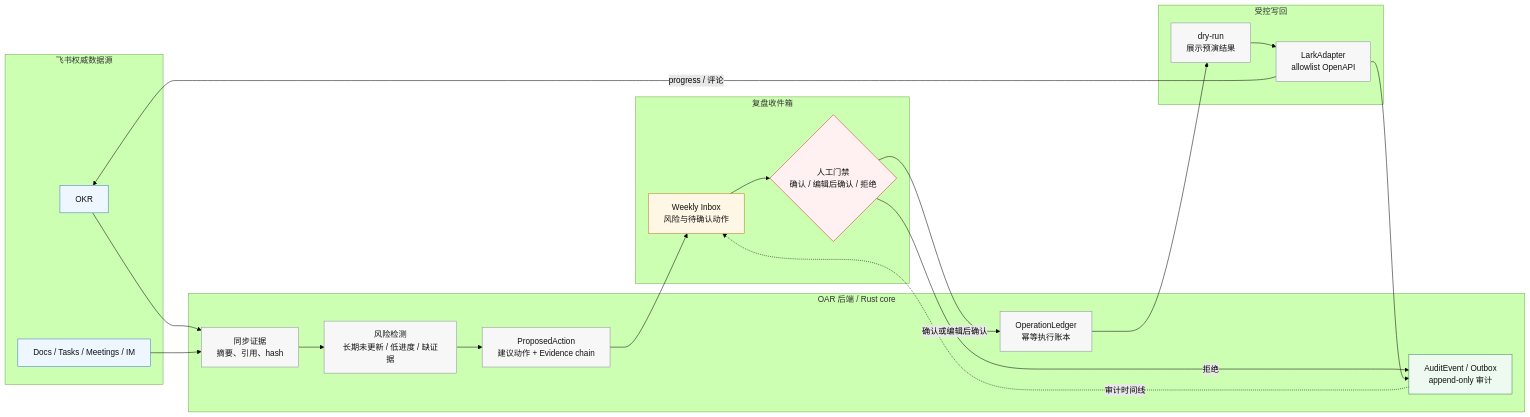
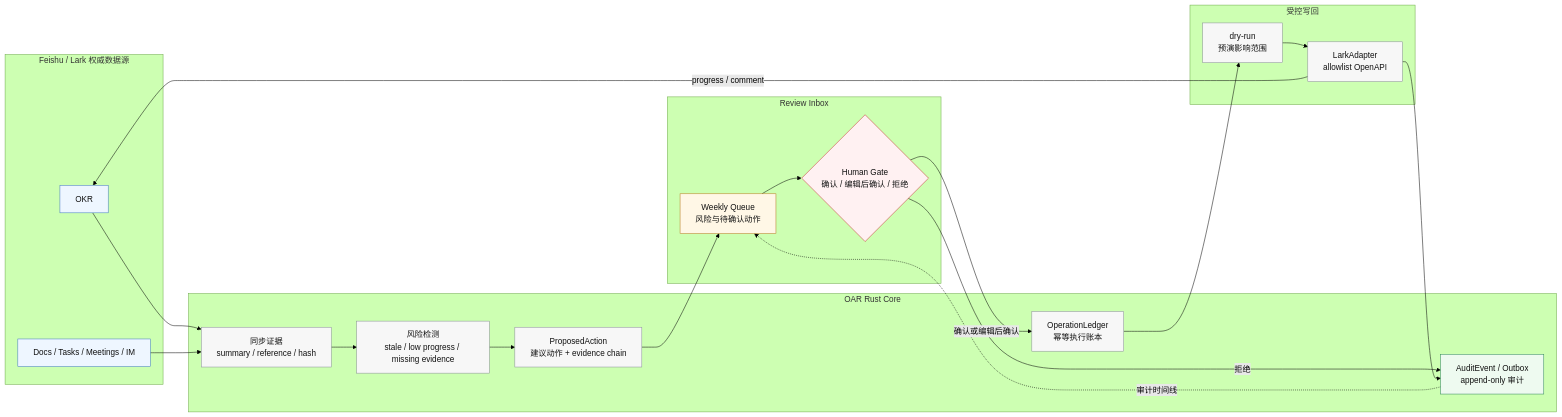
One commit to Ericsunsk/OAR changed the diagram in README.md. Above: the diagram before and after it, drawn with Mermaid (forest theme). The commit also changed other lines of this file and 14 other files, not shown here.

````diff
--- a/README.md
+++ b/README.md
@@ -39,45 +49,45 @@
 ```mermaid
 flowchart LR
-    subgraph Lark["飞书权威数据源"]
+    subgraph Lark["Feishu / Lark 权威数据源"]
         OKR["OKR"]
         EvidenceSource["Docs / Tasks / Meetings / IM"]
     end
 
-    subgraph Core["OAR 后端 / Rust core"]
-        Sync["同步证据<br/>摘要、引用、hash"]
-        Risk["风险检测<br/>长期未更新 / 低进度 / 缺证据"]
-        Proposed["ProposedAction<br/>建议动作 + Evidence chain"]
+    subgraph Core["OAR Rust Core"]
+        Sync["同步证据<br/>summary / reference / hash"]
+        Risk["风险检测<br/>stale / low progress / missing evidence"]
+        Proposed["ProposedAction<br/>建议动作 + evidence chain"]
         Ledger["OperationLedger<br/>幂等执行账本"]
         Audit["AuditEvent / Outbox<br/>append-only 审计"]
     end
 
-    subgraph Inbox["复盘收件箱"]
-        Queue["Weekly Inbox<br/>风险与待确认动作"]
-        Gate{"人工门禁<br/>确认 / 编辑后确认 / 拒绝"}
+    subgraph Inbox["Review Inbox"]
+        Queue["Weekly Queue<br/>风险与待确认动作"]
+        Gate{"Human Gate<br/>确认 / 编辑后确认 / 拒绝"}
     end
 
     subgraph Writeback["受控写回"]
-        DryRun["dry-run<br/>展示预演结果"]
+        DryRun["dry-run<br/>预演影响范围"]
         Adapter["LarkAdapter<br/>allowlist OpenAPI"]
     end
 
     OKR --> Sync
     EvidenceSource --> Sync
     Sync --> Risk --> Proposed --> Queue --> Gate
     Gate -->|拒绝| Audit
     Gate -->|确认或编辑后确认| Ledger --> DryRun --> Adapter
-    Adapter -->|progress / 评论| OKR
+    Adapter -->|progress / comment| OKR
     Adapter --> Audit
     Audit -.审计时间线.-> Queue
 
     classDef source fill:#eef6ff,stroke:#4078c0,color:#111;
     classDef core fill:#f7f7f7,stroke:#8a8f98,color:#111;
     classDef inbox fill:#fff7e6,stroke:#b7791f,color:#111;
     classDef guard fill:#fff1f2,stroke:#c53030,color:#111;
     classDef audit fill:#eefaf0,stroke:#2f855a,color:#111;
     class OKR,EvidenceSource source;
     class Sync,Risk,Proposed,Ledger,DryRun,Adapter core;
     class Queue inbox;
     class Gate guard;
     class Audit audit;
 ```
````
